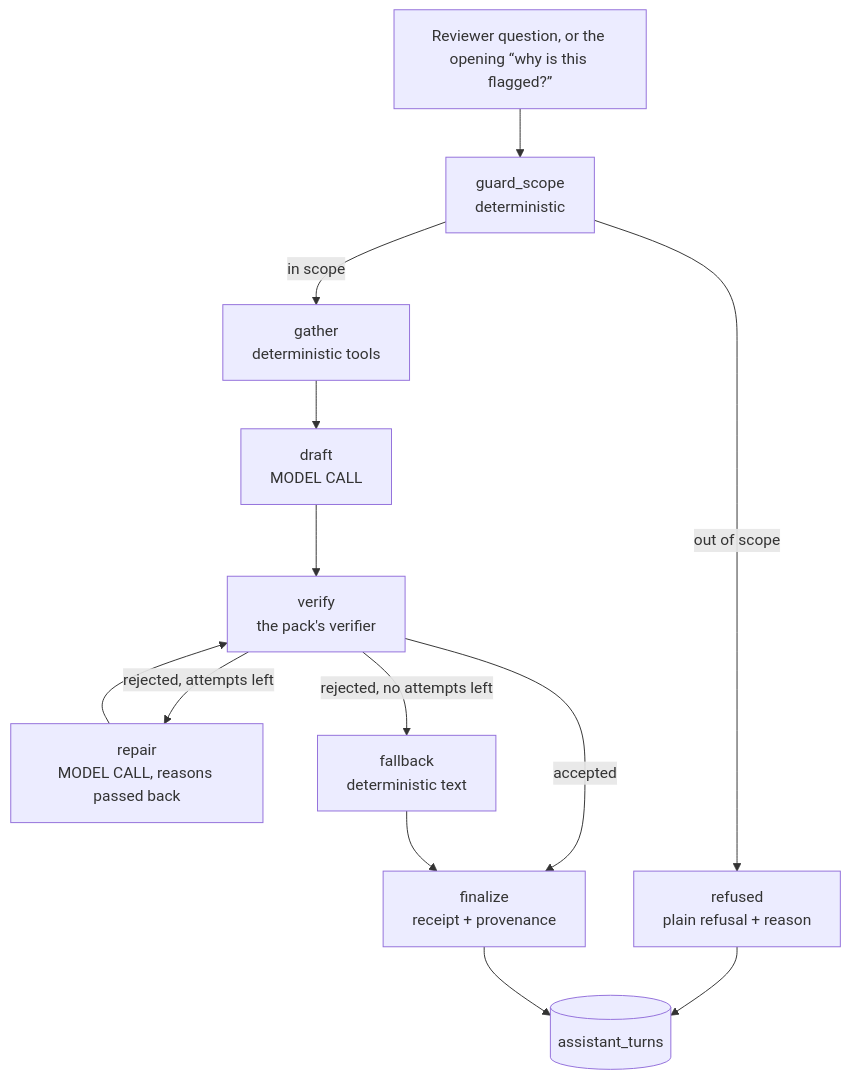
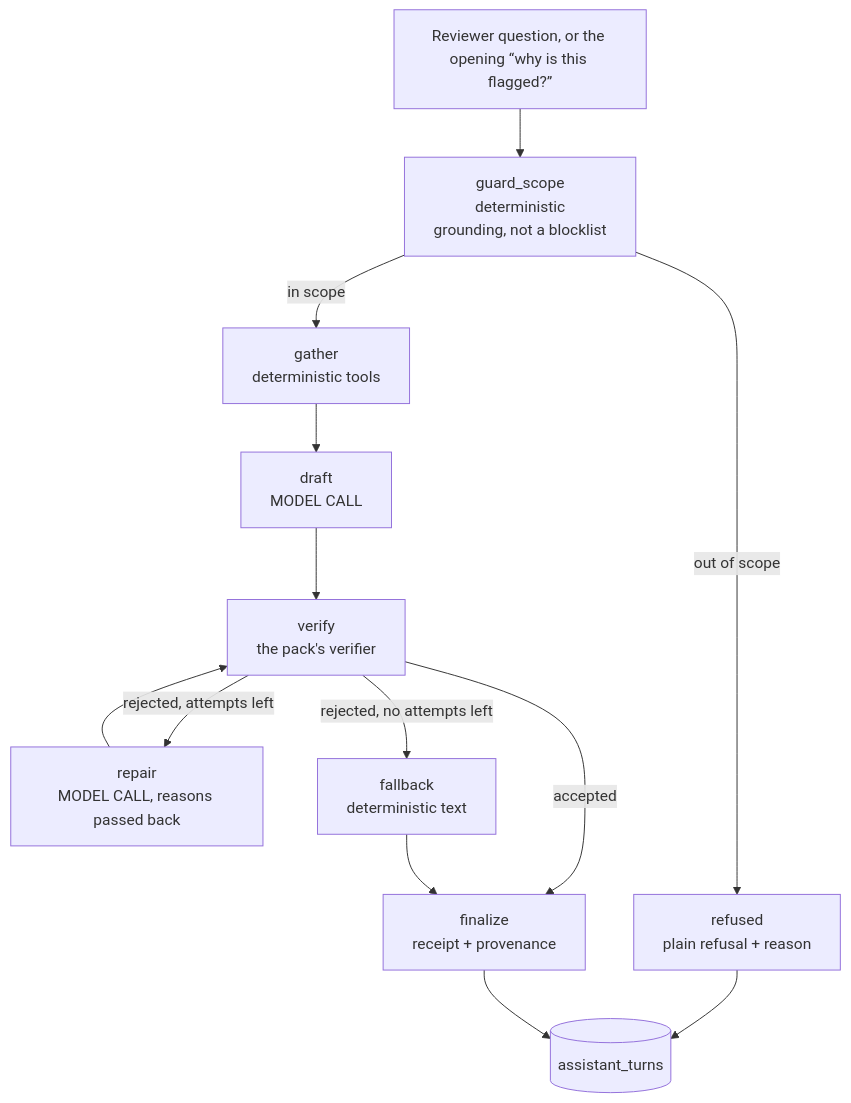
The first of 2 diagrams in docs/22-AI-Assistant-Design.md (OussemaHarrabi/ClaimGuard), drawn with Mermaid before and after one commit. The commit also changed other lines of this file and 29 other files, not shown here.

First line of the commit message:
feat(xai): ground the scope guard in the finding, move the conversation beside the explanation

````diff
--- a/docs/22-AI-Assistant-Design.md
+++ b/docs/22-AI-Assistant-Design.md
@@ -48,15 +48,15 @@
 ```mermaid
 flowchart TD
-    Q[Reviewer question, or the opening “why is this flagged?”] --> G[guard_scope<br/>deterministic]
+    Q[Reviewer question, or the opening “why is this flagged?”] --> G[guard_scope<br/>deterministic<br/>grounding, not a blocklist]
     G -->|out of scope| R[refused<br/>plain refusal + reason]
     G -->|in scope| C[gather<br/>deterministic tools]
     C --> D[draft<br/>MODEL CALL]
     D --> V[verify<br/>the pack's verifier]
     V -->|accepted| F[finalize<br/>receipt + provenance]
     V -->|rejected, attempts left| P[repair<br/>MODEL CALL, reasons passed back]
     P --> V
     V -->|rejected, no attempts left| FB[fallback<br/>deterministic text]
     FB --> F
     R --> S[(assistant_turns)]
     F --> S
 ```
````
